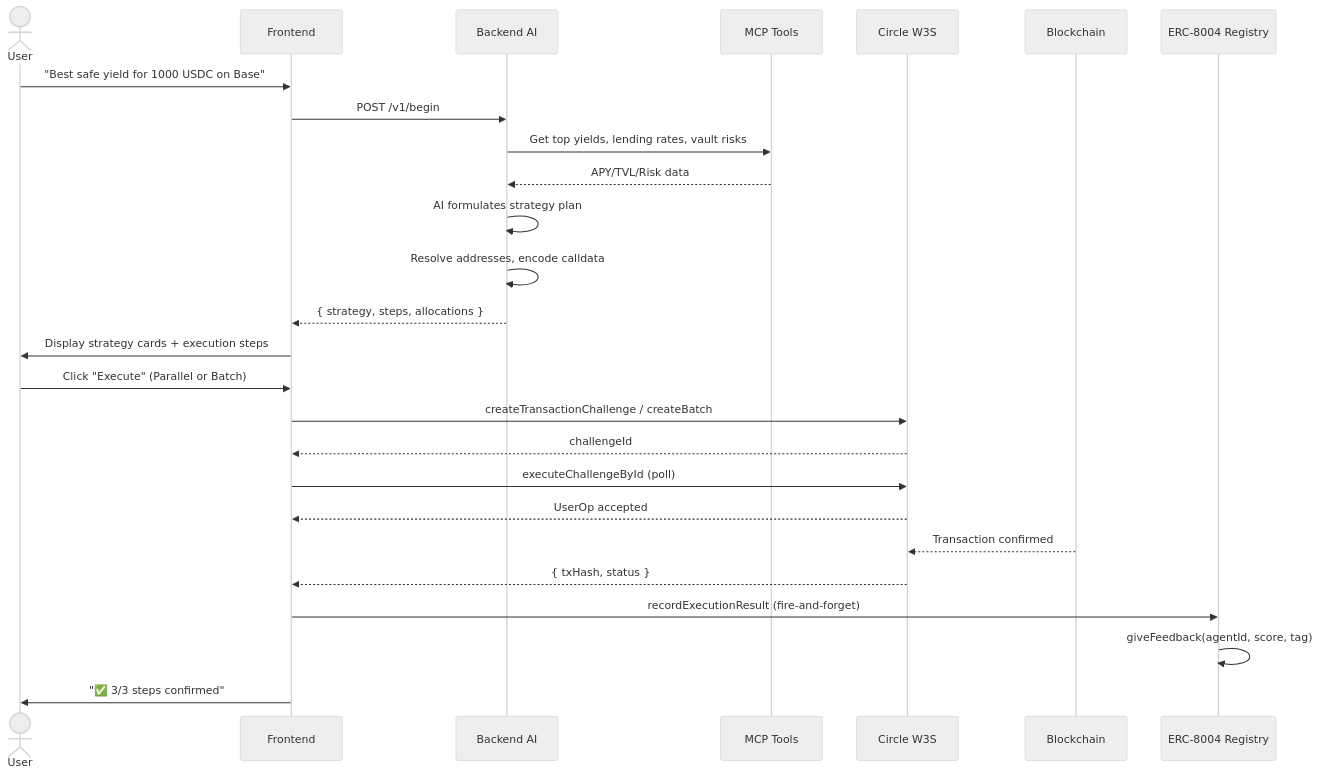
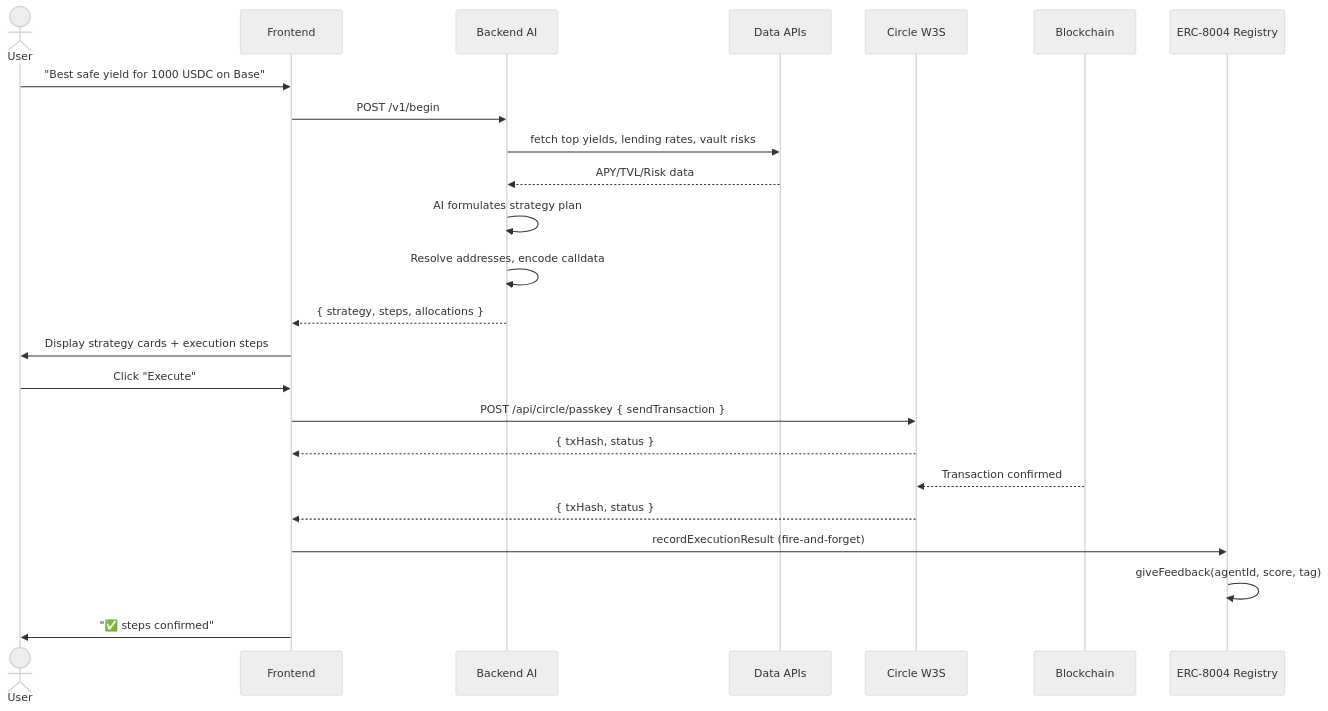
Before and after one commit to the-first-elder/UNIT: the diagram in README.md, drawn with Mermaid (neutral theme). The commit also changed other lines of this file, not shown here.

````diff
--- a/README.md
+++ b/README.md
@@ -123,29 +110,27 @@
 ```mermaid
 sequenceDiagram
     actor U as User
     participant FE as Frontend
     participant BE as Backend AI
-    participant MCP as MCP Tools
+    participant Data as Data APIs
     participant Circle as Circle W3S
     participant Chain as Blockchain
     participant Rep as ERC-8004 Registry
 
     U->>FE: "Best safe yield for 1000 USDC on Base"
     FE->>BE: POST /v1/begin
-    BE->>MCP: Get top yields, lending rates, vault risks
-    MCP-->>BE: APY/TVL/Risk data
+    BE->>Data: fetch top yields, lending rates, vault risks
+    Data-->>BE: APY/TVL/Risk data
     BE->>BE: AI formulates strategy plan
     BE->>BE: Resolve addresses, encode calldata
     BE-->>FE: { strategy, steps, allocations }
     FE->>U: Display strategy cards + execution steps
-    U->>FE: Click "Execute" (Parallel or Batch)
-    FE->>Circle: createTransactionChallenge / createBatch
-    Circle-->>FE: challengeId
-    FE->>Circle: executeChallengeById (poll)
-    Circle-->>FE: UserOp accepted
+    U->>FE: Click "Execute"
+    FE->>Circle: POST /api/circle/passkey { sendTransaction }
+    Circle-->>FE: { txHash, status }
     Chain-->>Circle: Transaction confirmed
     Circle-->>FE: { txHash, status }
     FE->>Rep: recordExecutionResult (fire-and-forget)
     Rep->>Rep: giveFeedback(agentId, score, tag)
-    FE->>U: "✅ 3/3 steps confirmed"
+    FE->>U: "✅ steps confirmed"
 ```
````
